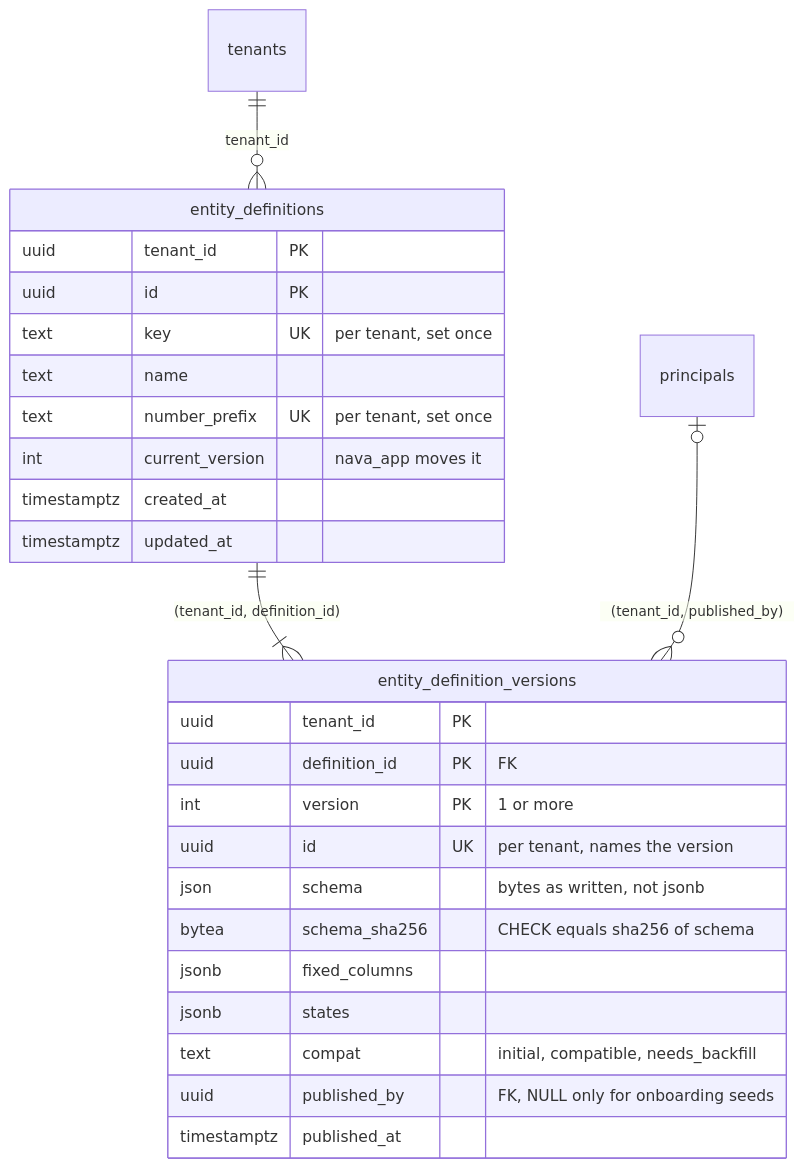
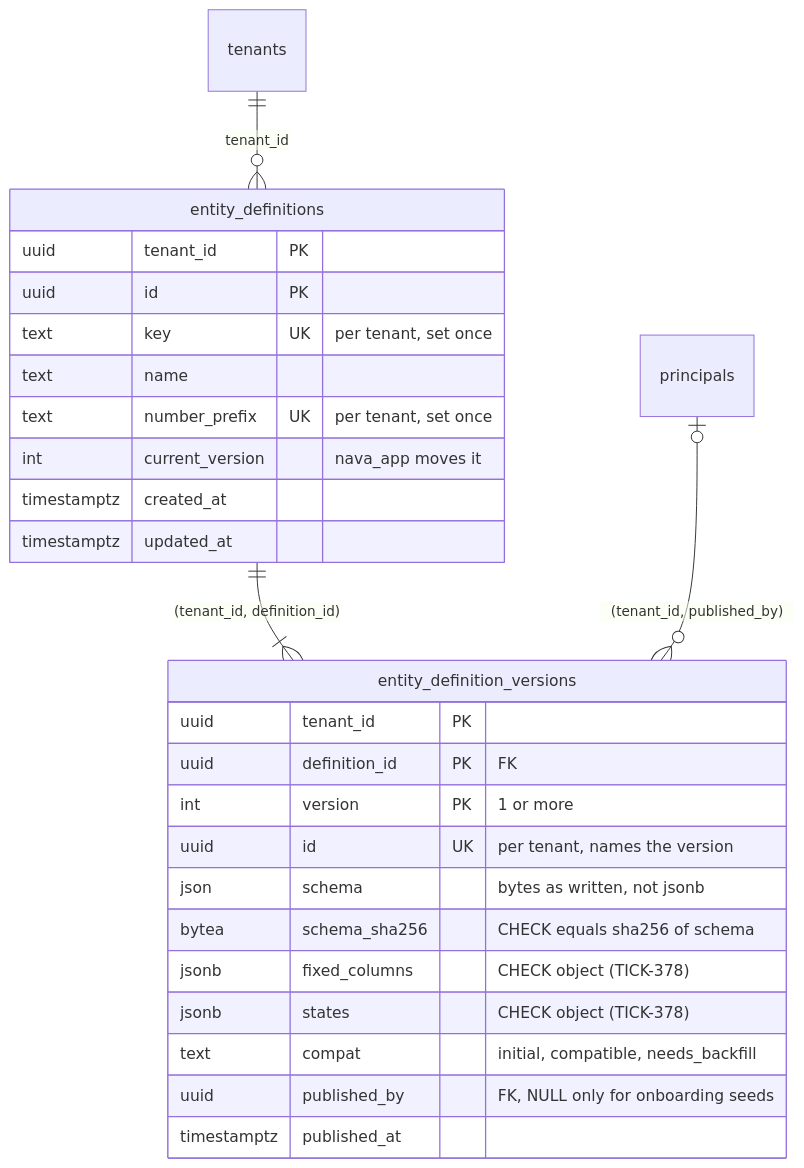
One commit to Navaladi2019/TicketingSystem changed the second of 2 diagrams in docs/data/platform-tables.md. Above: the diagram before and after it, drawn with Mermaid. The commit also changed other lines of this file and 10 other files, not shown here.

First line of the commit message:
TICK-378: CHECK fixed_columns and states are JSON objects

````diff
--- a/docs/data/platform-tables.md
+++ b/docs/data/platform-tables.md
@@ -290,30 +290,30 @@
 ```mermaid
 erDiagram
     tenants ||--o{ entity_definitions : "tenant_id"
     entity_definitions ||--|{ entity_definition_versions : "(tenant_id, definition_id)"
     principals |o--o{ entity_definition_versions : "(tenant_id, published_by)"
 
     entity_definitions {
         uuid tenant_id PK
         uuid id PK
         text key UK "per tenant, set once"
         text name
         text number_prefix UK "per tenant, set once"
         int current_version "nava_app moves it"
         timestamptz created_at
         timestamptz updated_at
     }
     entity_definition_versions {
         uuid tenant_id PK
         uuid definition_id PK "FK"
         int version PK "1 or more"
         uuid id UK "per tenant, names the version"
         json schema "bytes as written, not jsonb"
         bytea schema_sha256 "CHECK equals sha256 of schema"
-        jsonb fixed_columns
-        jsonb states
+        jsonb fixed_columns "CHECK object (TICK-378)"
+        jsonb states "CHECK object (TICK-378)"
         text compat "initial, compatible, needs_backfill"
         uuid published_by "FK, NULL only for onboarding seeds"
         timestamptz published_at
     }
 ```
````
